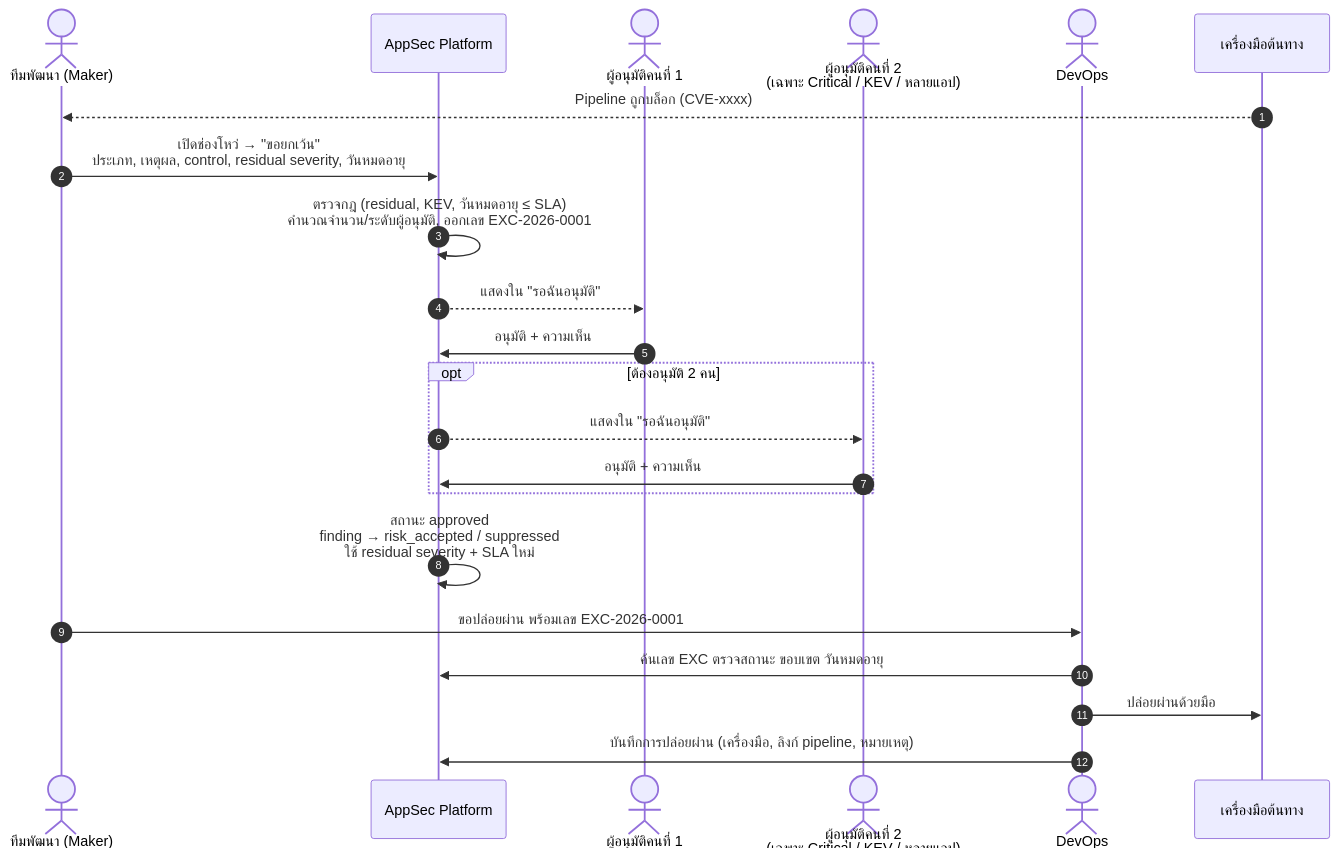
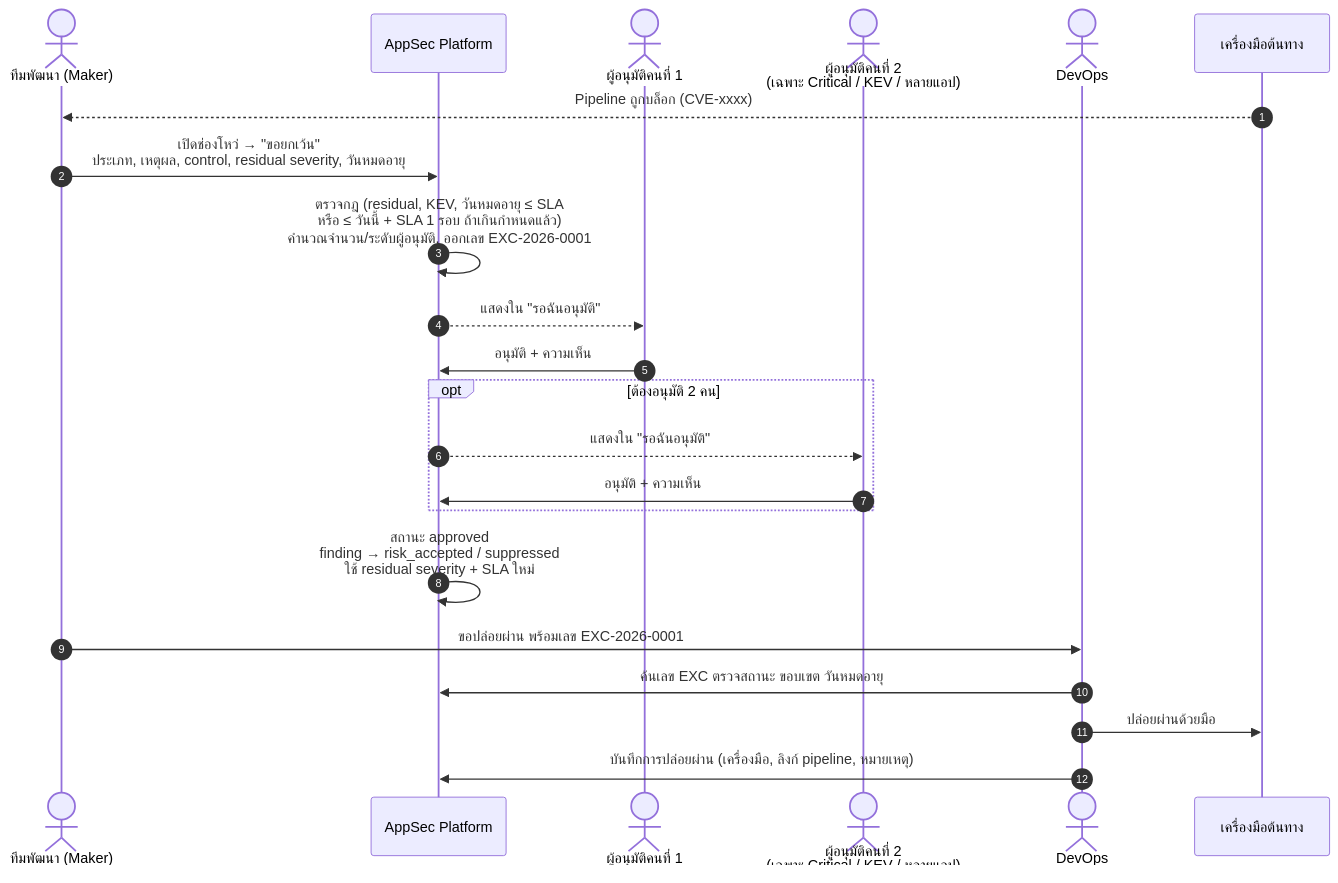
Before and after one commit to nongkon09/AppSec_Management: the third of 7 diagrams in docs/workflows.md, drawn with Mermaid. The commit also changed other lines of this file and 8 other files, not shown here.

````diff
--- a/docs/workflows.md
+++ b/docs/workflows.md
@@ -95,24 +95,24 @@
 ```mermaid
 sequenceDiagram
   autonumber
   actor Dev as ทีมพัฒนา (Maker)
   participant A as AppSec Platform
   actor C1 as ผู้อนุมัติคนที่ 1
   actor C2 as ผู้อนุมัติคนที่ 2<br/>(เฉพาะ Critical / KEV / หลายแอป)
   actor Ops as DevOps
   participant Tool as เครื่องมือต้นทาง
   Tool-->>Dev: Pipeline ถูกบล็อก (CVE-xxxx)
   Dev->>A: เปิดช่องโหว่ → "ขอยกเว้น"<br/>ประเภท, เหตุผล, control, residual severity, วันหมดอายุ
-  A->>A: ตรวจกฎ (residual, KEV, วันหมดอายุ ≤ SLA)<br/>คำนวณจำนวน/ระดับผู้อนุมัติ, ออกเลข EXC-2026-0001
+  A->>A: ตรวจกฎ (residual, KEV, วันหมดอายุ ≤ SLA<br/>หรือ ≤ วันนี้ + SLA 1 รอบ ถ้าเกินกำหนดแล้ว)<br/>คำนวณจำนวน/ระดับผู้อนุมัติ, ออกเลข EXC-2026-0001
   A-->>C1: แสดงใน "รอฉันอนุมัติ"
   C1->>A: อนุมัติ + ความเห็น
   opt ต้องอนุมัติ 2 คน
     A-->>C2: แสดงใน "รอฉันอนุมัติ"
     C2->>A: อนุมัติ + ความเห็น
   end
   A->>A: สถานะ approved<br/>finding → risk_accepted / suppressed<br/>ใช้ residual severity + SLA ใหม่
   Dev->>Ops: ขอปล่อยผ่าน พร้อมเลข EXC-2026-0001
   Ops->>A: ค้นเลข EXC ตรวจสถานะ ขอบเขต วันหมดอายุ
   Ops->>Tool: ปล่อยผ่านด้วยมือ
   Ops->>A: บันทึกการปล่อยผ่าน (เครื่องมือ, ลิงก์ pipeline, หมายเหตุ)
 ```
````
